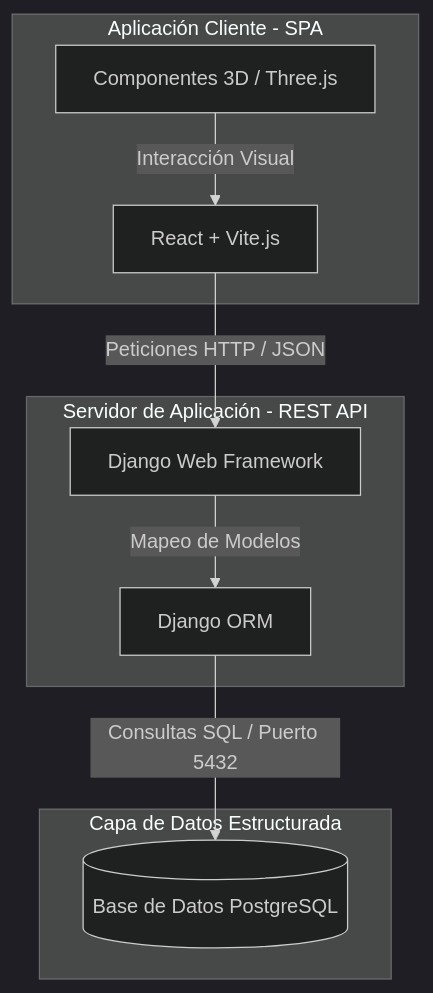
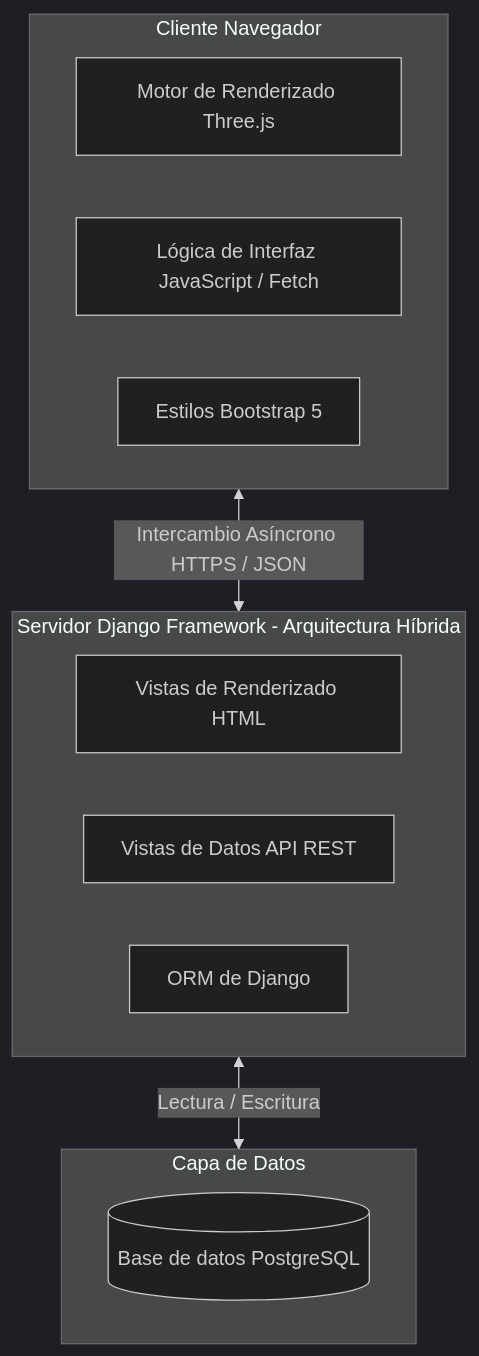
Before and after one commit to Isaacoronam/bandwar-sga: the first of 2 diagrams in README.md, drawn with Mermaid (dark theme).

Commit message:
docs: ajustar diagrama mermaid para coincidir exactamente con fase 2

````diff
--- a/README.md
+++ b/README.md
@@ -13,23 +13,23 @@
 ```mermaid
 graph TD
     %% Componentes principales
-    subgraph Frontend [Aplicación Cliente - SPA]
-        React[React + Vite.js]
-        Three[Componentes 3D / Three.js]
+    subgraph Cliente [Cliente Navegador]
+        Three[Motor de Renderizado Three.js]
+        JS[Lógica de Interfaz JavaScript / Fetch]
+        Boot[Estilos Bootstrap 5]
     end
 
-    subgraph Backend [Servidor de Aplicación - REST API]
-        Django[Django Web Framework]
-        ORM[Django ORM]
+    subgraph Servidor [Servidor Django Framework - Arquitectura Híbrida]
+        VHTML[Vistas de Renderizado HTML]
+        VAPI[Vistas de Datos API REST]
+        ORM[ORM de Django]
     end
 
-    subgraph Almacenamiento [Capa de Datos Estructurada]
-        Postgres[(Base de Datos PostgreSQL)]
+    subgraph Persistencia [Capa de Datos]
+        Postgres[(Base de datos PostgreSQL)]
     end
 
     %% Flujos de conexión
-    React -->|Peticiones HTTP / JSON| Django
-    Three -->|Interacción Visual| React
-    Django -->|Mapeo de Modelos| ORM
-    ORM -->|Consultas SQL / Puerto 5432| Postgres
+    Cliente <-->|Intercambio Asíncrono HTTPS / JSON| Servidor
+    Servidor <-->|Lectura / Escritura| Persistencia
 ```
````
